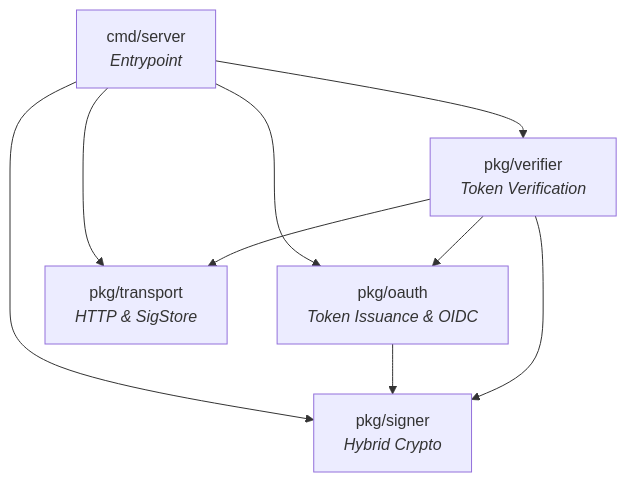
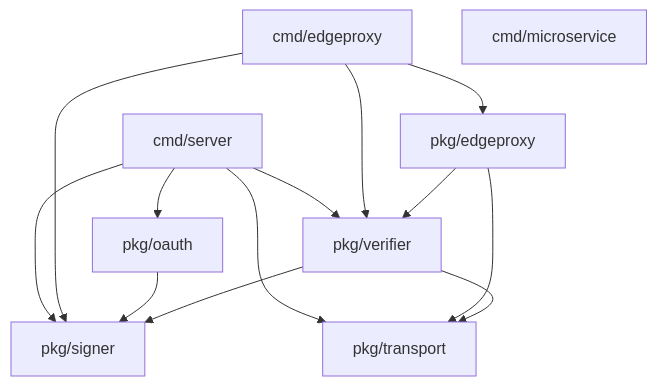
The second of 3 diagrams in docs/architecture.md (gradientgeeks/dilithiauth), drawn with Mermaid before and after one commit. The commit also changed other lines of this file and 13 other files, not shown here.

````diff
--- a/docs/architecture.md
+++ b/docs/architecture.md
@@ -25,17 +75,24 @@
 ```mermaid
 graph TD
-    CMD["cmd/server<br/><i>Entrypoint</i>"]
-    OAUTH["pkg/oauth<br/><i>Token Issuance & OIDC</i>"]
-    SIGNER["pkg/signer<br/><i>Hybrid Crypto</i>"]
-    TRANSPORT["pkg/transport<br/><i>HTTP & SigStore</i>"]
-    VERIFIER["pkg/verifier<br/><i>Token Verification</i>"]
+    SRV["cmd/server"]
+    EP["cmd/edgeproxy"]
+    MS["cmd/microservice"]
+    OAUTH["pkg/oauth"]
+    SIGNER["pkg/signer"]
+    TRANSPORT["pkg/transport"]
+    VERIFIER["pkg/verifier"]
+    EPKG["pkg/edgeproxy"]
 
-    CMD --> OAUTH
-    CMD --> SIGNER
-    CMD --> TRANSPORT
-    CMD --> VERIFIER
+    SRV --> OAUTH
+    SRV --> SIGNER
+    SRV --> TRANSPORT
+    SRV --> VERIFIER
+    EP --> EPKG
+    EP --> VERIFIER
+    EP --> SIGNER
+    EPKG --> VERIFIER
+    EPKG --> TRANSPORT
     OAUTH --> SIGNER
-    VERIFIER --> OAUTH
     VERIFIER --> SIGNER
     VERIFIER --> TRANSPORT
 ```
````
